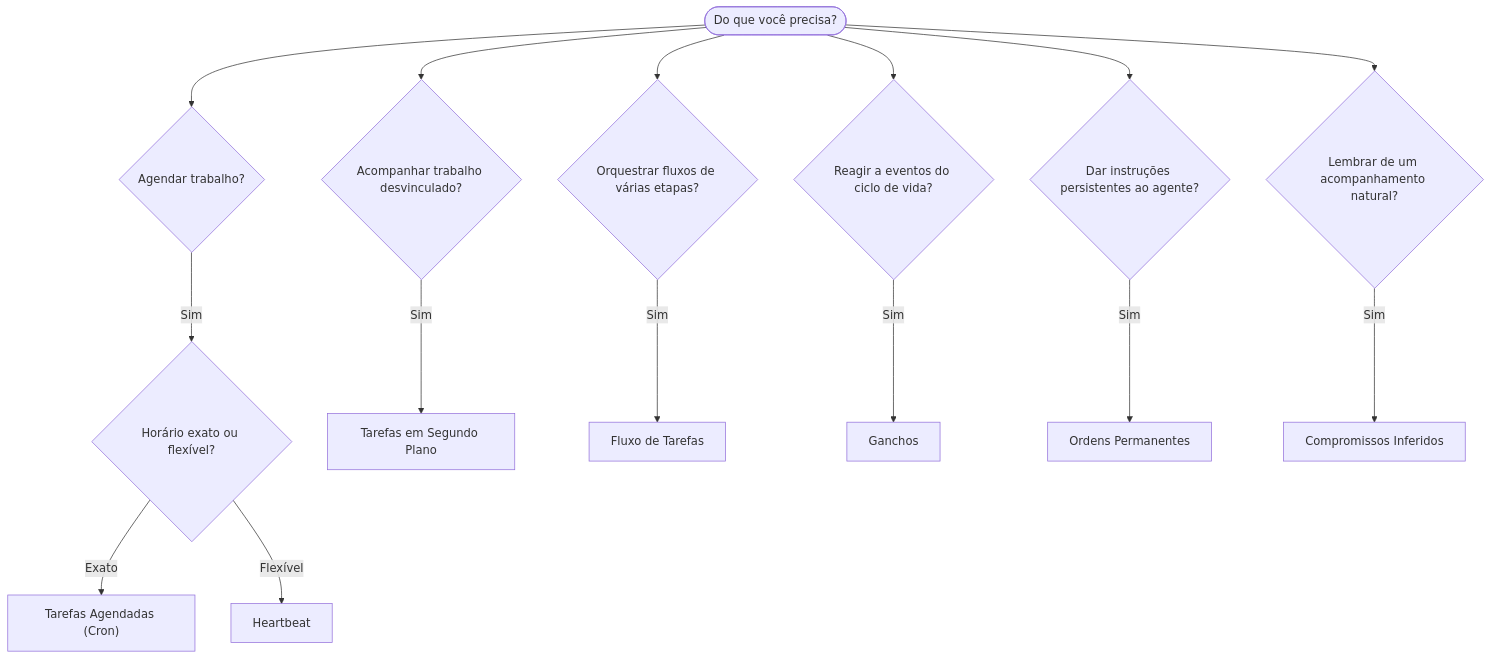
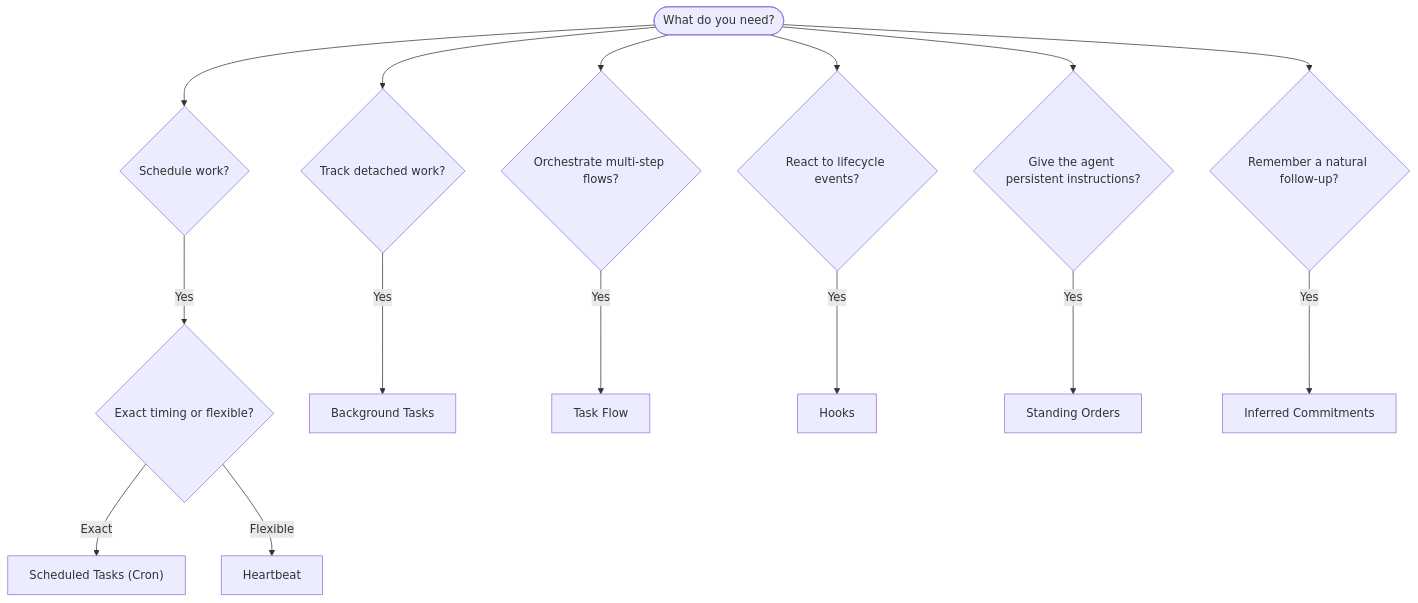
The diagram in docs/pt-BR/automation/index.md (openclaw/docs), drawn with Mermaid before and after one commit. The commit also changed other lines of this file and 11240 other files, not shown here.

````diff
--- a/docs/pt-BR/automation/index.md
+++ b/docs/pt-BR/automation/index.md
@@ -26,19 +23,19 @@
 ```mermaid
 flowchart TD
-    START([Do que você precisa?]) --> Q1{Agendar trabalho?}
-    START --> Q2{Acompanhar trabalho desvinculado?}
-    START --> Q3{Orquestrar fluxos de várias etapas?}
-    START --> Q4{Reagir a eventos do ciclo de vida?}
-    START --> Q5{Dar instruções persistentes ao agente?}
-    START --> Q6{Lembrar de um acompanhamento natural?}
+    START([What do you need?]) --> Q1{Schedule work?}
+    START --> Q2{Track detached work?}
+    START --> Q3{Orchestrate multi-step flows?}
+    START --> Q4{React to lifecycle events?}
+    START --> Q5{Give the agent persistent instructions?}
+    START --> Q6{Remember a natural follow-up?}
 
-    Q1 -->|Sim| Q1a{Horário exato ou flexível?}
-    Q1a -->|Exato| CRON["Tarefas Agendadas (Cron)"]
-    Q1a -->|Flexível| HEARTBEAT[Heartbeat]
+    Q1 -->|Yes| Q1a{Exact timing or flexible?}
+    Q1a -->|Exact| CRON["Scheduled Tasks (Cron)"]
+    Q1a -->|Flexible| HEARTBEAT[Heartbeat]
 
-    Q2 -->|Sim| TASKS[Tarefas em Segundo Plano]
-    Q3 -->|Sim| FLOW[Fluxo de Tarefas]
-    Q4 -->|Sim| HOOKS[Ganchos]
-    Q5 -->|Sim| SO[Ordens Permanentes]
-    Q6 -->|Sim| COMMITMENTS[Compromissos Inferidos]
+    Q2 -->|Yes| TASKS[Background Tasks]
+    Q3 -->|Yes| FLOW[Task Flow]
+    Q4 -->|Yes| HOOKS[Hooks]
+    Q5 -->|Yes| SO[Standing Orders]
+    Q6 -->|Yes| COMMITMENTS[Inferred Commitments]
 ```
````
